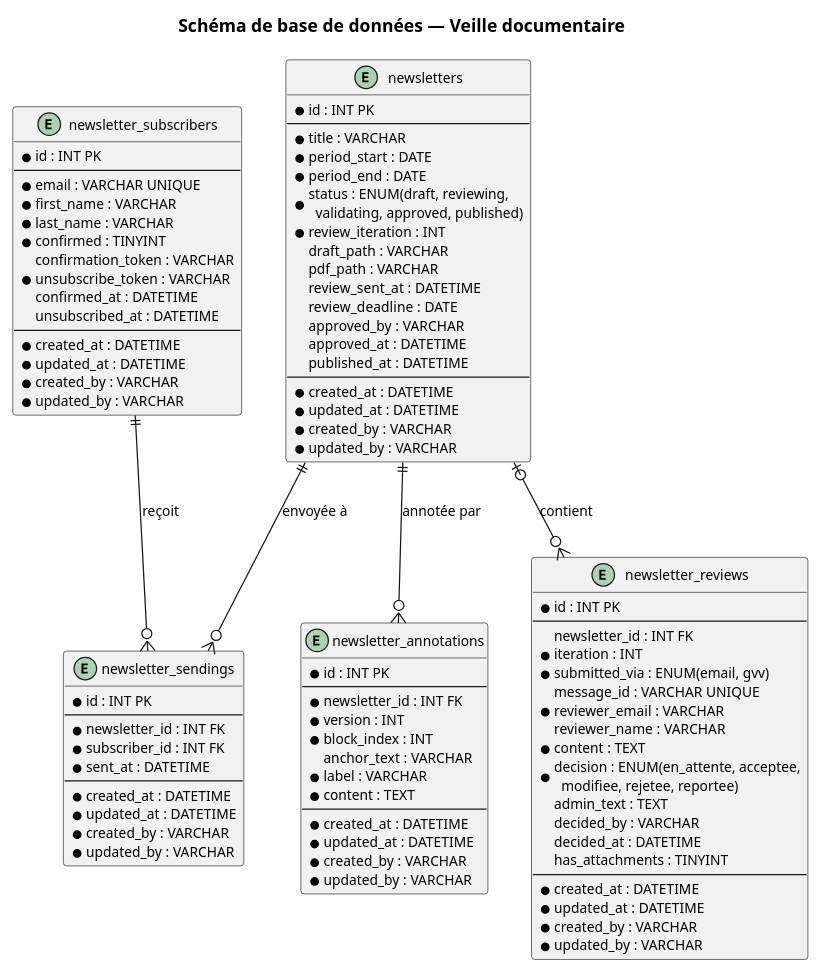
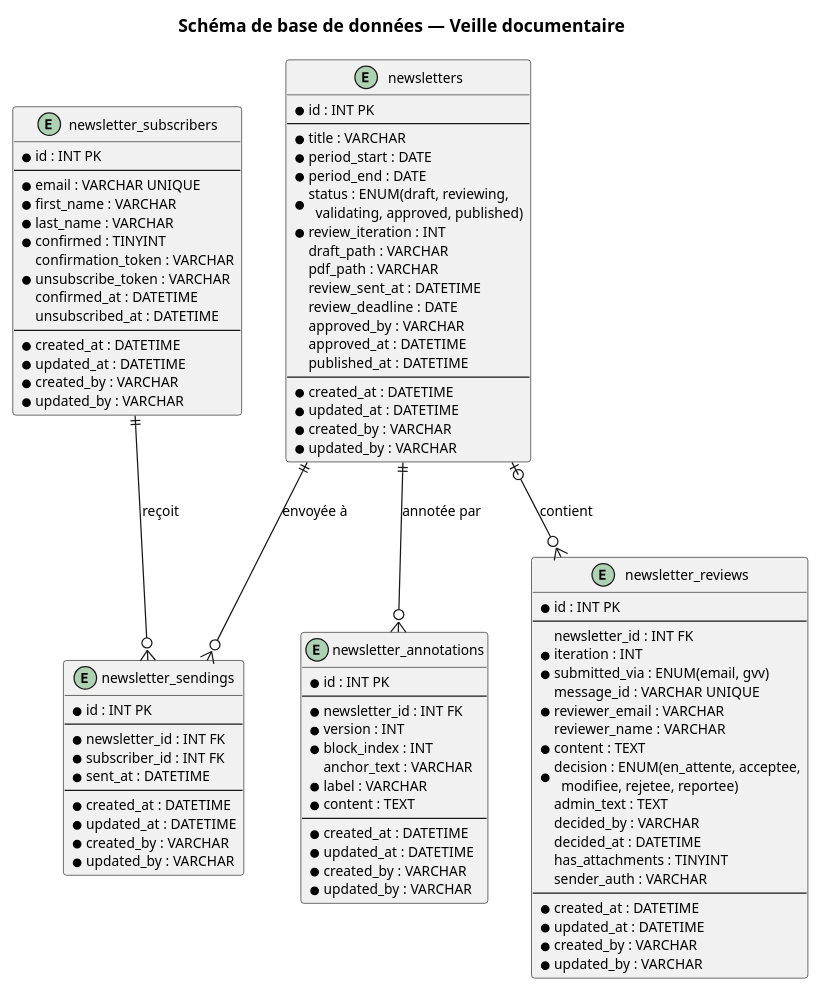
The diagram in doc/design_notes/diagrams/veille_schema.puml (flub78/gvv), drawn with PlantUML before and after one commit. The commit also changed 15 other files, not shown here.

```diff
--- a/doc/design_notes/diagrams/veille_schema.puml
+++ b/doc/design_notes/diagrams/veille_schema.puml
@@ -1,104 +1,105 @@
 @startuml veille_schema
 skinparam backgroundColor white
 skinparam defaultFontSize 11
 
 title Schéma de base de données — Veille documentaire
 
 entity newsletters {
   * id : INT PK
   --
   * title : VARCHAR
   * period_start : DATE
   * period_end : DATE
   * status : ENUM(draft, reviewing,\n  validating, approved, published)
   * review_iteration : INT
   draft_path : VARCHAR
   pdf_path : VARCHAR
   review_sent_at : DATETIME
   review_deadline : DATE
   approved_by : VARCHAR
   approved_at : DATETIME
   published_at : DATETIME
   --
   * created_at : DATETIME
   * updated_at : DATETIME
   * created_by : VARCHAR
   * updated_by : VARCHAR
 }
 
 entity newsletter_reviews {
   * id : INT PK
   --
   newsletter_id : INT FK
   * iteration : INT
   * submitted_via : ENUM(email, gvv)
   message_id : VARCHAR UNIQUE
   * reviewer_email : VARCHAR
   reviewer_name : VARCHAR
   * content : TEXT
   * decision : ENUM(en_attente, acceptee,\n  modifiee, rejetee, reportee)
   admin_text : TEXT
   decided_by : VARCHAR
   decided_at : DATETIME
   has_attachments : TINYINT
+  sender_auth : VARCHAR
   --
   * created_at : DATETIME
   * updated_at : DATETIME
   * created_by : VARCHAR
   * updated_by : VARCHAR
 }
 
 entity newsletter_subscribers {
   * id : INT PK
   --
   * email : VARCHAR UNIQUE
   * first_name : VARCHAR
   * last_name : VARCHAR
   * confirmed : TINYINT
   confirmation_token : VARCHAR
   * unsubscribe_token : VARCHAR
   confirmed_at : DATETIME
   unsubscribed_at : DATETIME
   --
   * created_at : DATETIME
   * updated_at : DATETIME
   * created_by : VARCHAR
   * updated_by : VARCHAR
 }
 
 entity newsletter_sendings {
   * id : INT PK
   --
   * newsletter_id : INT FK
   * subscriber_id : INT FK
   * sent_at : DATETIME
   --
   * created_at : DATETIME
   * updated_at : DATETIME
   * created_by : VARCHAR
   * updated_by : VARCHAR
 }
 
 entity newsletter_annotations {
   * id : INT PK
   --
   * newsletter_id : INT FK
   * version : INT
   * block_index : INT
   anchor_text : VARCHAR
   * label : VARCHAR
   * content : TEXT
   --
   * created_at : DATETIME
   * updated_at : DATETIME
   * created_by : VARCHAR
   * updated_by : VARCHAR
 }
 
 newsletters |o--o{ newsletter_reviews : contient
 newsletters ||--o{ newsletter_sendings : envoyée à
 newsletter_subscribers ||--o{ newsletter_sendings : reçoit
 
 newsletters ||--o{ newsletter_annotations : annotée par
 
 @enduml
```
